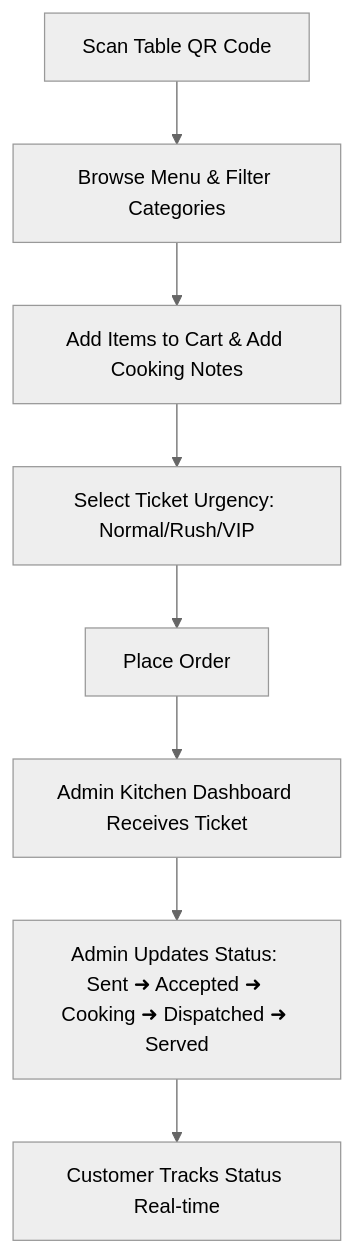
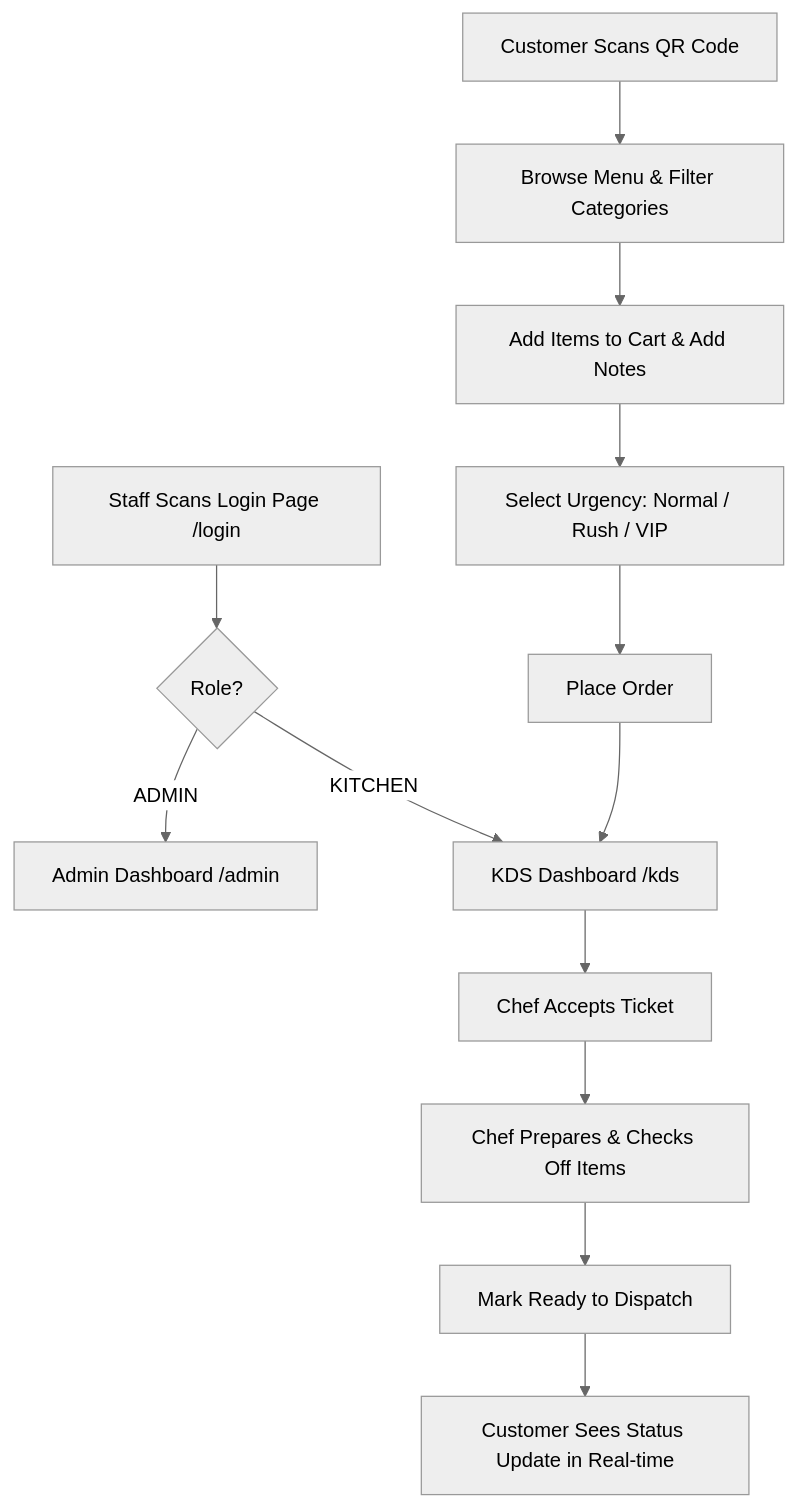
The second of 2 diagrams in README.md (PriyanshuKhandelwal22/DineFlow), drawn with Mermaid (neutral theme) before and after one commit. The commit also changed other lines of this file, not shown here.

Commit message:
docs: update README with auth system, KDS features, architecture diagrams, and challenges

````diff
--- a/README.md
+++ b/README.md
@@ -188,10 +223,16 @@
 ```mermaid
 flowchart TD
-    Scan[Scan Table QR Code] --> Browse[Browse Menu & Filter Categories]
-    Browse --> Add[Add Items to Cart & Add Cooking Notes]
-    Add --> SelectPriority[Select Ticket Urgency: Normal/Rush/VIP]
+    StaffLogin[Staff Scans Login Page /login] --> Auth{Role?}
+    Auth -->|ADMIN| AdminDash[Admin Dashboard /admin]
+    Auth -->|KITCHEN| KDSDash[KDS Dashboard /kds]
+
+    Scan[Customer Scans QR Code] --> Browse[Browse Menu & Filter Categories]
+    Browse --> Add[Add Items to Cart & Add Notes]
+    Add --> SelectPriority[Select Urgency: Normal / Rush / VIP]
     SelectPriority --> Place[Place Order]
-    Place --> AdminReceive[Admin Kitchen Dashboard Receives Ticket]
-    AdminReceive --> UpdateStatus[Admin Updates Status: Sent ➜ Accepted ➜ Cooking ➜ Dispatched ➜ Served]
-    UpdateStatus --> Track[Customer Tracks Status Real-time]
+    Place --> KDSDash
+    KDSDash --> Accept[Chef Accepts Ticket]
+    Accept --> Cook[Chef Prepares & Checks Off Items]
+    Cook --> Ready[Mark Ready to Dispatch]
+    Ready --> Track[Customer Sees Status Update in Real-time]
 ```
````
